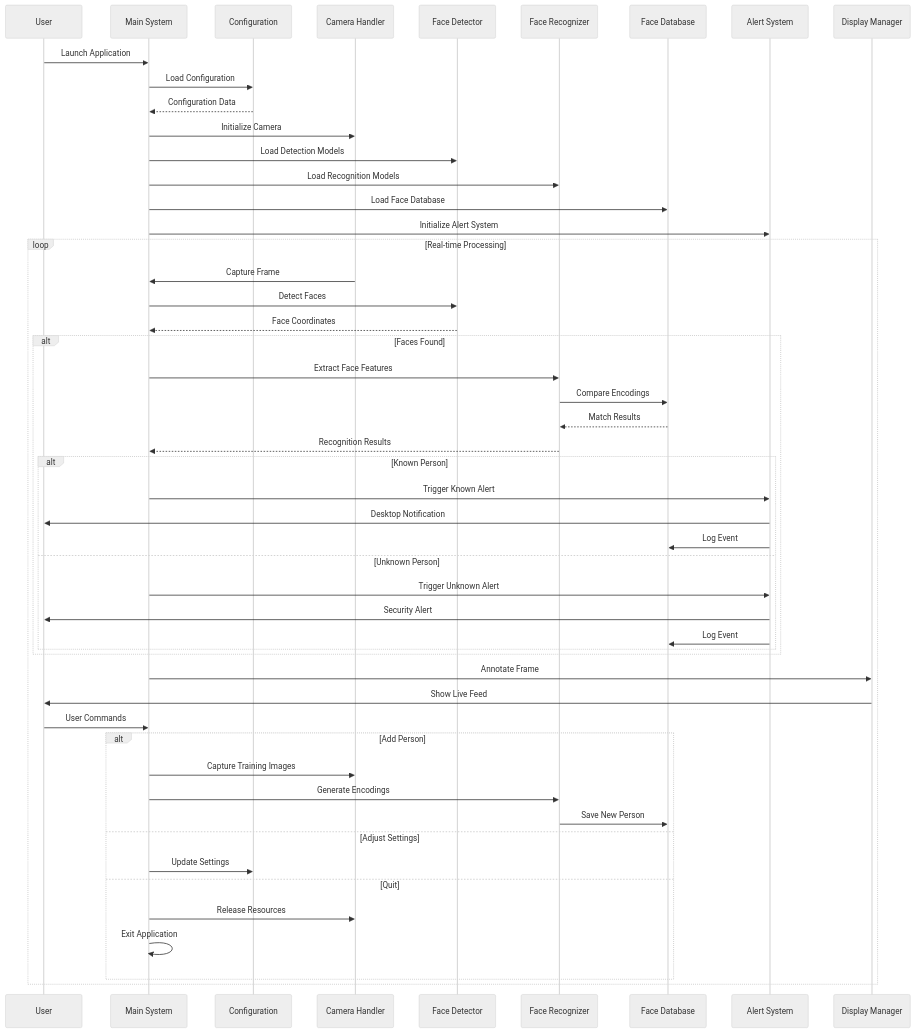
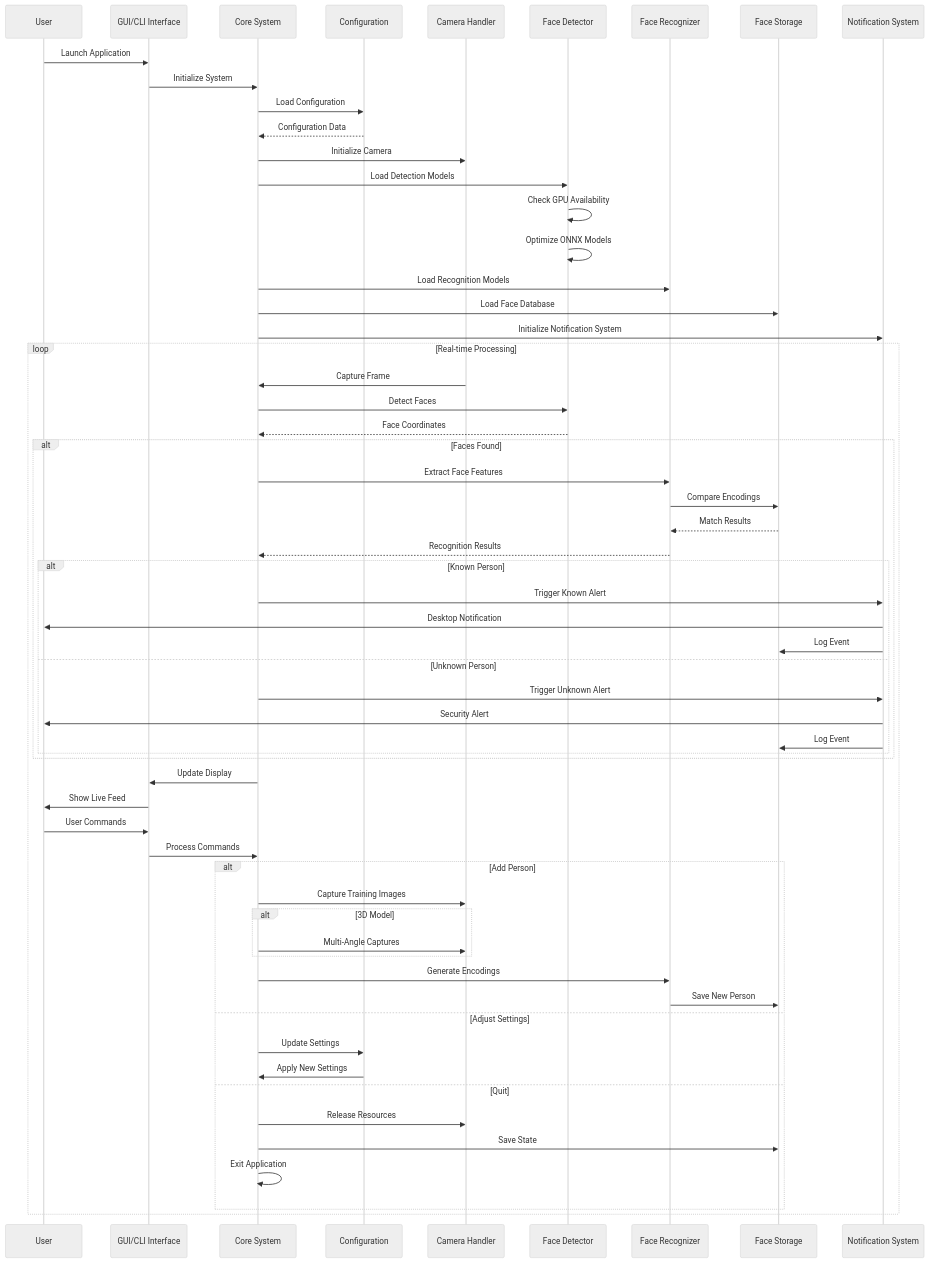
The third of 3 diagrams in project_flowchart.md (ItzSwapnil/Facial_Recognition), drawn with Mermaid (neutral theme) before and after one commit. The commit also changed other lines of this file and 1 other file, not shown here.

Commit message:
Update project documentation and architecture for Ultra-Modern Facial Recognition System

````diff
--- a/project_flowchart.md
+++ b/project_flowchart.md
@@ -266,60 +280,70 @@
 ```mermaid
 sequenceDiagram
     participant User
-    participant Main as Main System
+    participant GUI as GUI/CLI Interface
+    participant System as Core System
     participant Config as Configuration
     participant Camera as Camera Handler
     participant Detector as Face Detector
     participant Recognizer as Face Recognizer
-    participant Database as Face Database
-    participant Alerts as Alert System
-    participant Display as Display Manager
+    participant Database as Face Storage
+    participant Notifier as Notification System
     
-    User->>Main: Launch Application
-    Main->>Config: Load Configuration
-    Config-->>Main: Configuration Data
+    User->>GUI: Launch Application
+    GUI->>System: Initialize System
+    System->>Config: Load Configuration
+    Config-->>System: Configuration Data
     
-    Main->>Camera: Initialize Camera
-    Main->>Detector: Load Detection Models
-    Main->>Recognizer: Load Recognition Models
-    Main->>Database: Load Face Database
-    Main->>Alerts: Initialize Alert System
+    System->>Camera: Initialize Camera
+    System->>Detector: Load Detection Models
+    Detector->>Detector: Check GPU Availability
+    Detector->>Detector: Optimize ONNX Models
+    System->>Recognizer: Load Recognition Models
+    System->>Database: Load Face Database
+    System->>Notifier: Initialize Notification System
     
     loop Real-time Processing
-        Camera->>Main: Capture Frame
-        Main->>Detector: Detect Faces
-        Detector-->>Main: Face Coordinates
+        Camera->>System: Capture Frame
+        System->>Detector: Detect Faces
+        Detector-->>System: Face Coordinates
         
         alt Faces Found
-            Main->>Recognizer: Extract Face Features
+            System->>Recognizer: Extract Face Features
             Recognizer->>Database: Compare Encodings
             Database-->>Recognizer: Match Results
-            Recognizer-->>Main: Recognition Results
+            Recognizer-->>System: Recognition Results
             
             alt Known Person
-                Main->>Alerts: Trigger Known Alert
-                Alerts->>User: Desktop Notification
-                Alerts->>Database: Log Event
+                System->>Notifier: Trigger Known Alert
+                Notifier->>User: Desktop Notification
+                Notifier->>Database: Log Event
             else Unknown Person
-                Main->>Alerts: Trigger Unknown Alert
-                Alerts->>User: Security Alert
-                Alerts->>Database: Log Event
+                System->>Notifier: Trigger Unknown Alert
+                Notifier->>User: Security Alert
+                Notifier->>Database: Log Event
             end
         end
         
-        Main->>Display: Annotate Frame
-        Display->>User: Show Live Feed
+        System->>GUI: Update Display
+        GUI->>User: Show Live Feed
         
-        User->>Main: User Commands
+        User->>GUI: User Commands
+        GUI->>System: Process Commands
+        
         alt Add Person
-            Main->>Camera: Capture Training Images
-            Main->>Recognizer: Generate Encodings
+            System->>Camera: Capture Training Images
+            alt 3D Model
+                System->>Camera: Multi-Angle Captures
+            end
+            System->>Recognizer: Generate Encodings
             Recognizer->>Database: Save New Person
         else Adjust Settings
-            Main->>Config: Update Settings
+            System->>Config: Update Settings
+            Config->>System: Apply New Settings
         else Quit
-            Main->>Camera: Release Resources
-            Main->>Main: Exit Application
+            System->>Camera: Release Resources
+            System->>Database: Save State
+            System->>System: Exit Application
         end
     end
 ```
````
